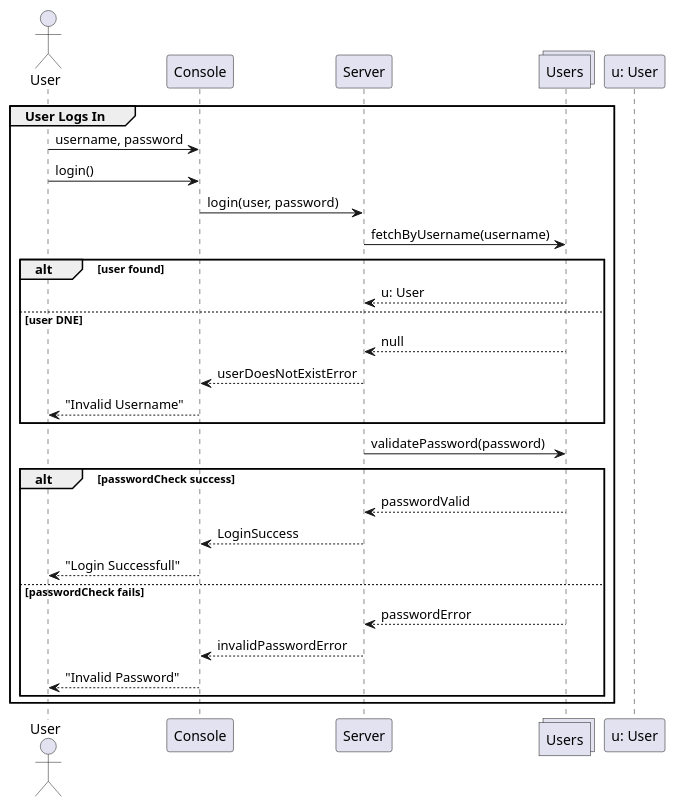
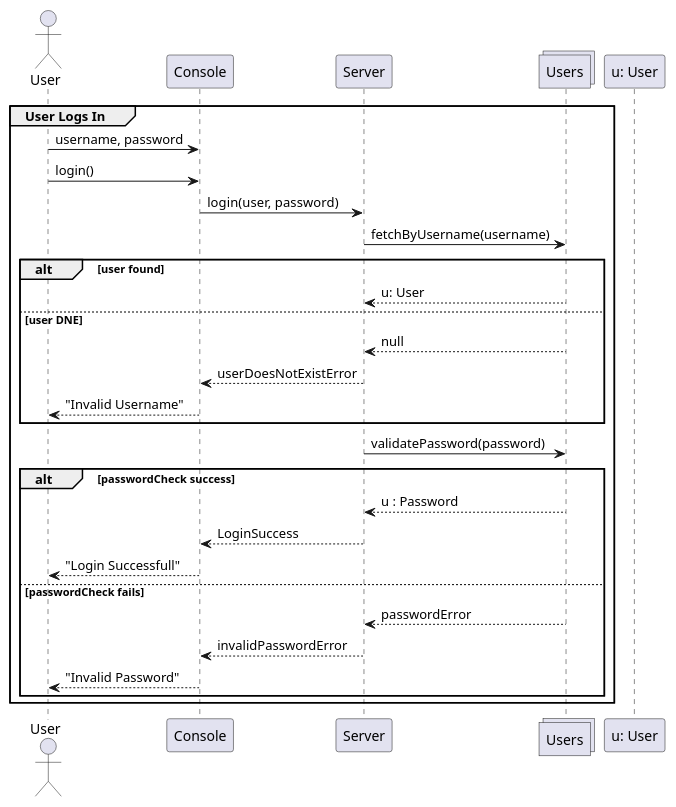
Before and after one commit to FrancoDominguez/SOEN342-project: the diagram in Documentation/SequenceDiagrams/Login.puml, drawn with PlantUML.

Commit message:
quick fix squence diagram

```diff
--- a/Documentation/SequenceDiagrams/Login.puml
+++ b/Documentation/SequenceDiagrams/Login.puml
@@ -1,37 +1,37 @@
 @startuml TakingOffering
 
 Actor UserPerson as "User"
 participant Console as Console
 participant Server as Server
 collections Users as Accounts
 participant User as "u: User"
 
 group User Logs In
   UserPerson -> Console: username, password
   UserPerson -> Console: login()
   Console -> Server: login(user, password)
 
   Server -> Accounts: fetchByUsername(username)
   alt user found
     Accounts --> Server: u: User
   else user DNE
     Accounts --> Server: null
     Server --> Console: userDoesNotExistError
     Console --> UserPerson: "Invalid Username"
   end
 
   
   Server -> Accounts: validatePassword(password)
 
   alt passwordCheck success
-    Accounts --> Server: passwordValid
+    Accounts --> Server: u : Password
     Server --> Console: LoginSuccess
     Console --> UserPerson: "Login Successfull"  
   else passwordCheck fails
     Accounts --> Server: passwordError
     Server --> Console: invalidPasswordError
     Console --> UserPerson: "Invalid Password"
   end
 end
 
 @enduml
```
